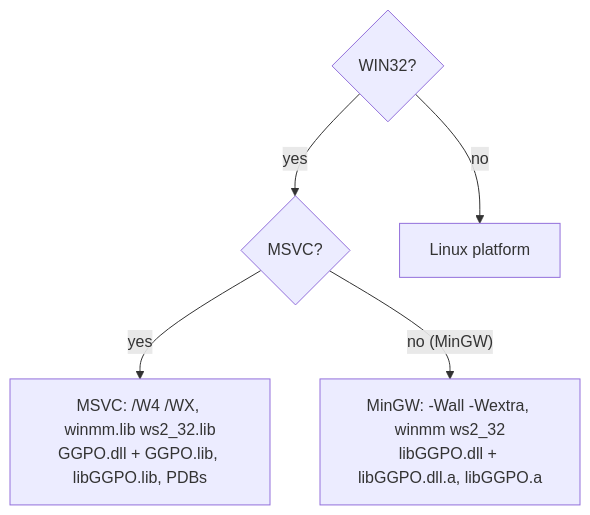
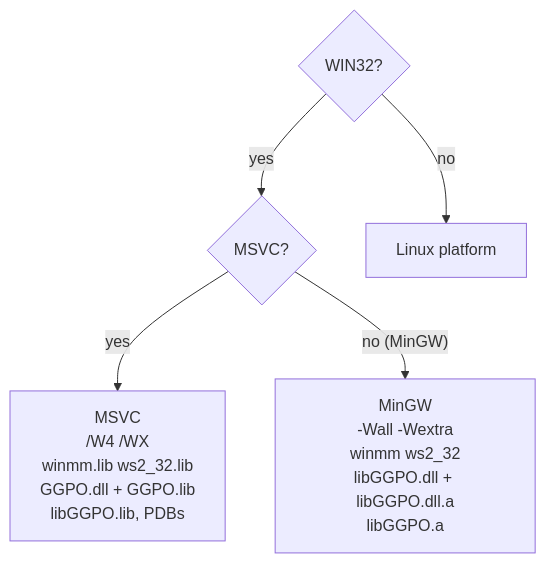
The diagram in doc/planning/2026-11-11-mingw_support/TECH_PLAN.md (irregularthanis/ggpo-next), drawn with Mermaid before and after one commit. The commit also changed 1 other file, not shown here.

Commit message:
docs: wrap Mermaid labels so GitHub does not truncate them
Break the platform overview and MinGW plan diagram labels into short
lines; GitHub's renderer clips long node text.

````diff
--- a/doc/planning/2026-11-11-mingw_support/TECH_PLAN.md
+++ b/doc/planning/2026-11-11-mingw_support/TECH_PLAN.md
@@ -42,13 +42,13 @@
 ```mermaid
 flowchart TD
     Win{"WIN32?"}
     Msvc{"MSVC?"}
-    MsvcCfg["MSVC: /W4 /WX, winmm.lib ws2_32.lib<br/>GGPO.dll + GGPO.lib, libGGPO.lib, PDBs"]
-    MingwCfg["MinGW: -Wall -Wextra, winmm ws2_32<br/>libGGPO.dll + libGGPO.dll.a, libGGPO.a"]
+    MsvcCfg["MSVC<br/>/W4 /WX<br/>winmm.lib ws2_32.lib<br/>GGPO.dll + GGPO.lib<br/>libGGPO.lib, PDBs"]
+    MingwCfg["MinGW<br/>-Wall -Wextra<br/>winmm ws2_32<br/>libGGPO.dll + libGGPO.dll.a<br/>libGGPO.a"]
     Linux["Linux platform"]
 
     Win -->|"yes"| Msvc
     Win -->|"no"| Linux
     Msvc -->|"yes"| MsvcCfg
     Msvc -->|"no (MinGW)"| MingwCfg
 ```
````
